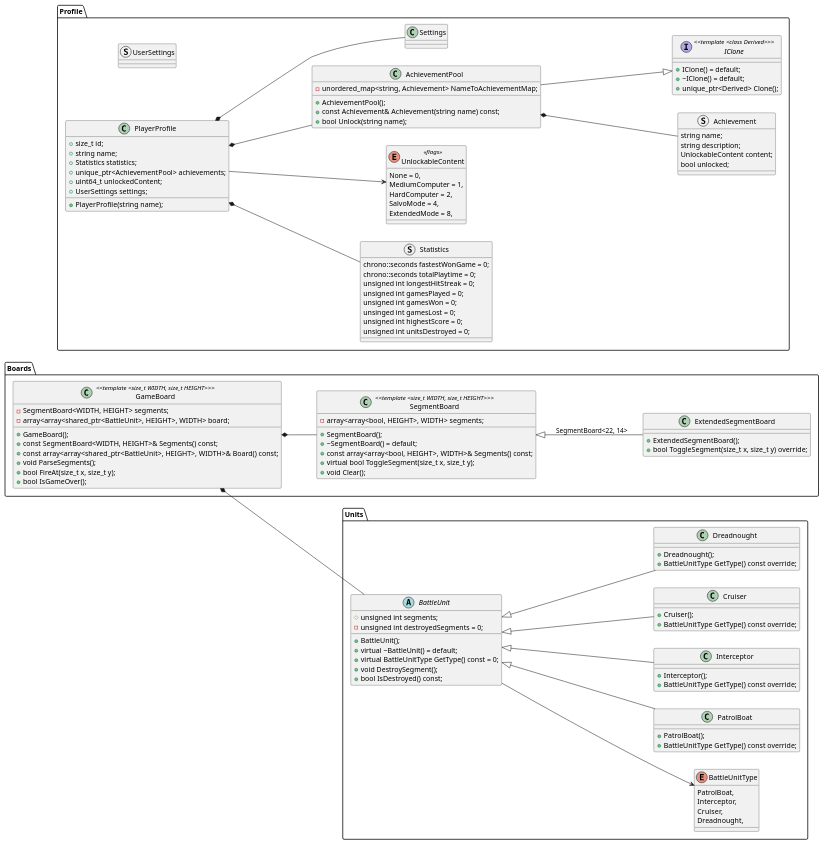
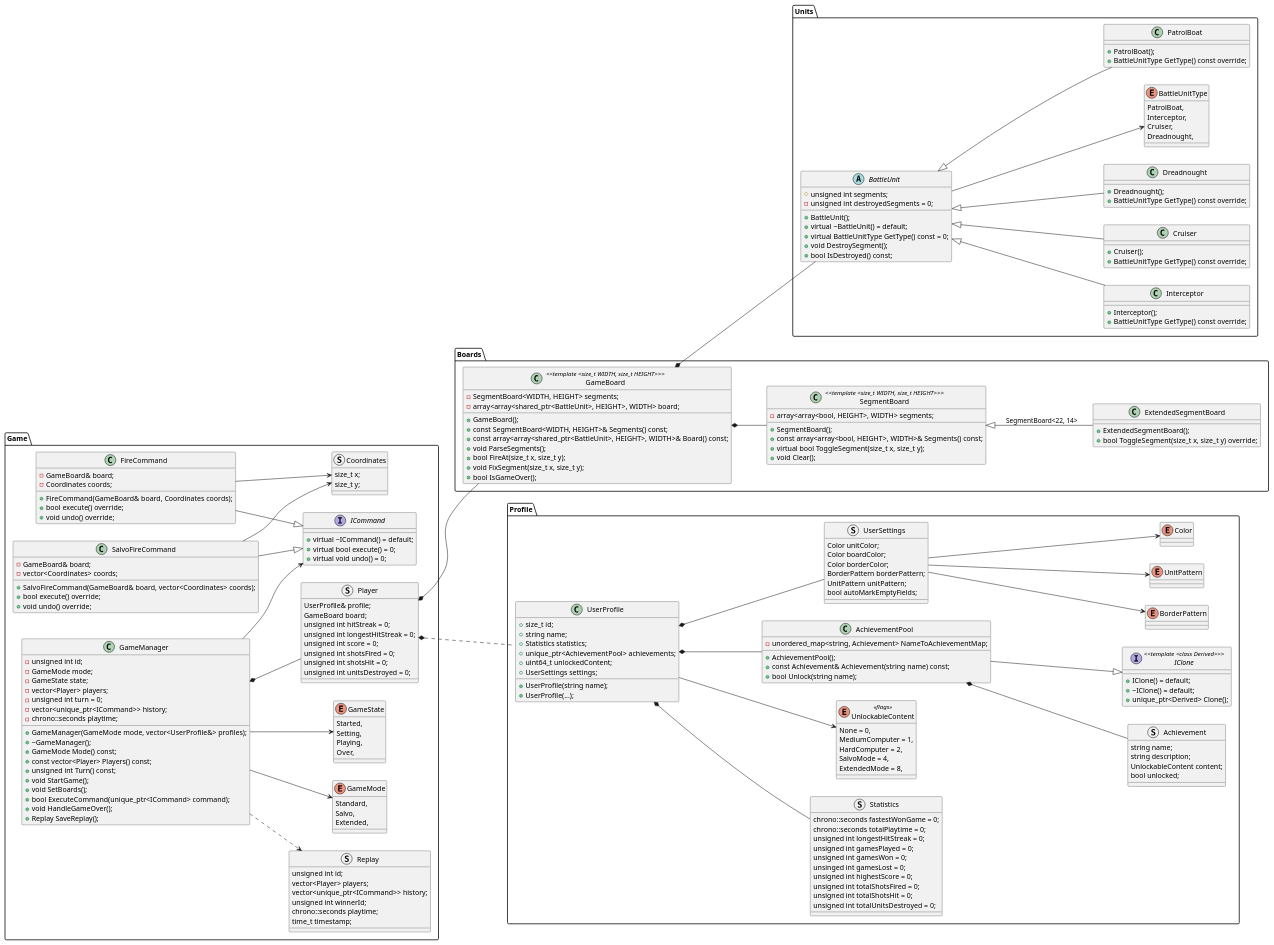
One commit to ZTPain/W.O.D.A. changed the diagram in docs/diagrams/uml-diagram.puml. Above: the diagram before and after it, drawn with PlantUML.

Commit message:
Add game manager

```diff
--- a/docs/diagrams/uml-diagram.puml
+++ b/docs/diagrams/uml-diagram.puml
@@ -57,7 +57,6 @@
         - array<array<bool, HEIGHT>, WIDTH> segments;
 
         + SegmentBoard();
-        + ~SegmentBoard() = default;
         + const array<array<bool, HEIGHT>, WIDTH>& Segments() const;
         + virtual bool ToggleSegment(size_t x, size_t y);
         + void Clear();
@@ -82,6 +81,7 @@
         + const array<array<shared_ptr<BattleUnit>, HEIGHT>, WIDTH>& Board() const;
         + void ParseSegments();
         + bool FireAt(size_t x, size_t y);
+        + void FixSegment(size_t x, size_t y);
         + bool IsGameOver();
     }
 
@@ -101,7 +101,9 @@
         unsigned int gamesWon = 0;
         unsinged int gamesLost = 0;
         unsigned int highestScore = 0;
-        unsigned int unitsDestroyed = 0;
+        unsigned int totalShotsFired = 0;
+        unsigned int totalShotsHit = 0;
+        unsigned int totalUnitsDestroyed = 0;
     }
 
     ' TODO: Add more unlocks
@@ -139,11 +141,24 @@
     AchievementPool --|> IClone
     AchievementPool *-- Achievement
 
+    enum Color {}
+    enum BorderPattern {}
+    enum UnitPattern {}
+
     struct UserSettings {
-
+        Color unitColor;
+        Color boardColor;
+        Color borderColor;
+        BorderPattern borderPattern;
+        UnitPattern unitPattern;
+        bool autoMarkEmptyFields;
     }
 
-    class PlayerProfile {
+    UserSettings --> Color
+    UserSettings --> BorderPattern
+    UserSettings --> UnitPattern
+
+    class UserProfile {
         + size_t id;
         + string name;
         + Statistics statistics;
@@ -151,13 +166,115 @@
         + uint64_t unlockedContent;
         + UserSettings settings;
 
-        + PlayerProfile(string name);
+        + UserProfile(string name);
+        + UserProfile(...);
     }
 
-    PlayerProfile *-- Statistics
-    PlayerProfile *-- AchievementPool
-    PlayerProfile --> UnlockableContent
-    PlayerProfile *-- Settings
+    UserProfile *-- Statistics
+    UserProfile *-- AchievementPool
+    UserProfile --> UnlockableContent
+    UserProfile *-- UserSettings
+}
+
+package Game {
+    enum GameMode {
+        Standard,
+        Salvo,
+        Extended,
+    }
+
+    enum GameState {
+        Started,
+        Setting,
+        Playing,
+        Over,
+    }
+
+    struct Player {
+        UserProfile& profile;
+        GameBoard board;
+        unsigned int hitStreak = 0;
+        unsigned int longestHitStreak = 0;
+        unsigned int score = 0;
+        unsigned int shotsFired = 0;
+        unsigned int shotsHit = 0;
+        unsigned int unitsDestroyed = 0;
+    }
+
+    Player *.. UserProfile
+    Player *-- GameBoard
+
+    interface ICommand {
+        + virtual ~ICommand() = default;
+        + virtual bool execute() = 0;
+        + virtual void undo() = 0;
+    }
+
+    struct Coordinates {
+        size_t x;
+        size_t y;
+    }
+
+    class FireCommand {
+        - GameBoard& board;
+        - Coordinates coords;
+
+        + FireCommand(GameBoard& board, Coordinates coords);
+        + bool execute() override;
+        + void undo() override;
+    }
+
+    FireCommand --> Coordinates
+    FireCommand --|> ICommand
+
+    class SalvoFireCommand {
+        - GameBoard& board;
+        - vector<Coordinates> coords;
+
+        + SalvoFireCommand(GameBoard& board, vector<Coordinates> coords);
+        + bool execute() override;
+        + void undo() override;
+    }
+
+    SalvoFireCommand --> Coordinates
+    SalvoFireCommand --|> ICommand
+
+    struct Replay {
+        unsigned int id;
+        vector<Player> players;
+        vector<unique_ptr<ICommand>> history;
+        unsigned int winnerId;
+        chrono::seconds playtime;
+        time_t timestamp;
+    }
+
+    ' Implements Command design pattern
+    class GameManager {
+        - unsigned int id;
+        - GameMode mode;
+        - GameState state;
+        - vector<Player> players;
+        - unsigned int turn = 0;
+        - vector<unique_ptr<ICommand>> history;
+        - chrono::seconds playtime;
+
+        + GameManager(GameMode mode, vector<UserProfile&> profiles);
+        + ~GameManager();
+        + GameMode Mode() const;
+        + const vector<Player> Players() const;
+        + unsigned int Turn() const;
+        + void StartGame();
+        + void SetBoards();
+        + bool ExecuteCommand(unique_ptr<ICommand> command);
+        + void HandleGameOver();
+        + Replay SaveReplay();
+    }
+
+    GameManager --> GameMode
+    GameManager --> GameState
+    GameManager *-- Player
+    GameManager --> ICommand
+    GameManager ..> Replay
 }
 
 @enduml
```
